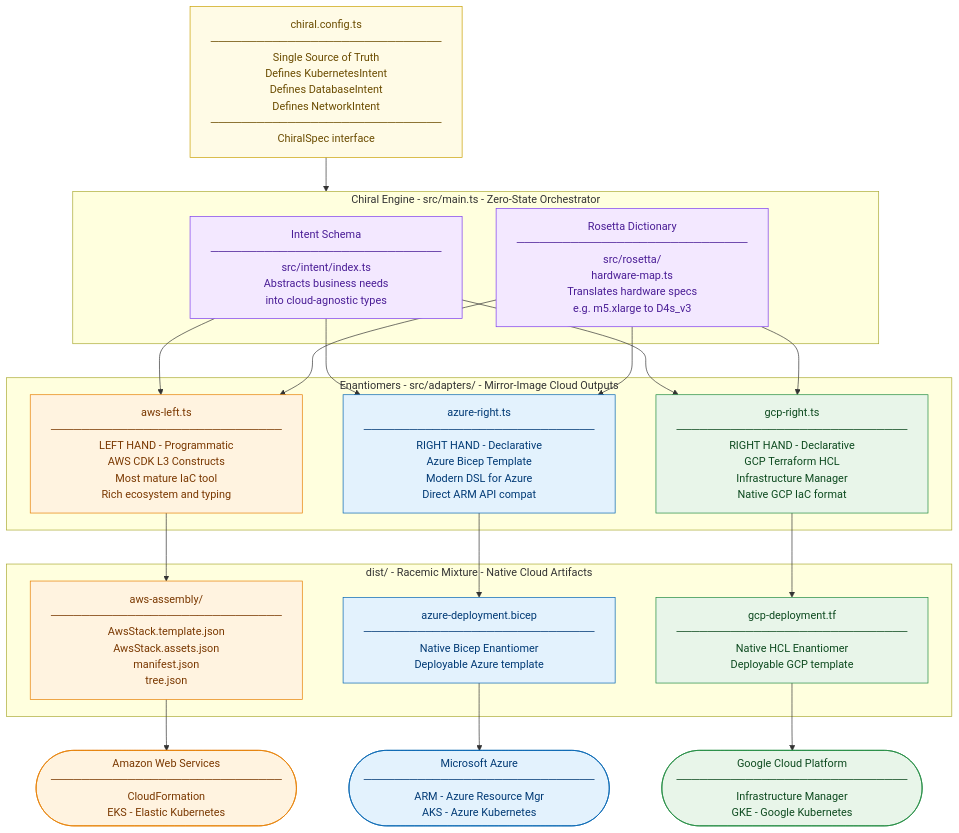
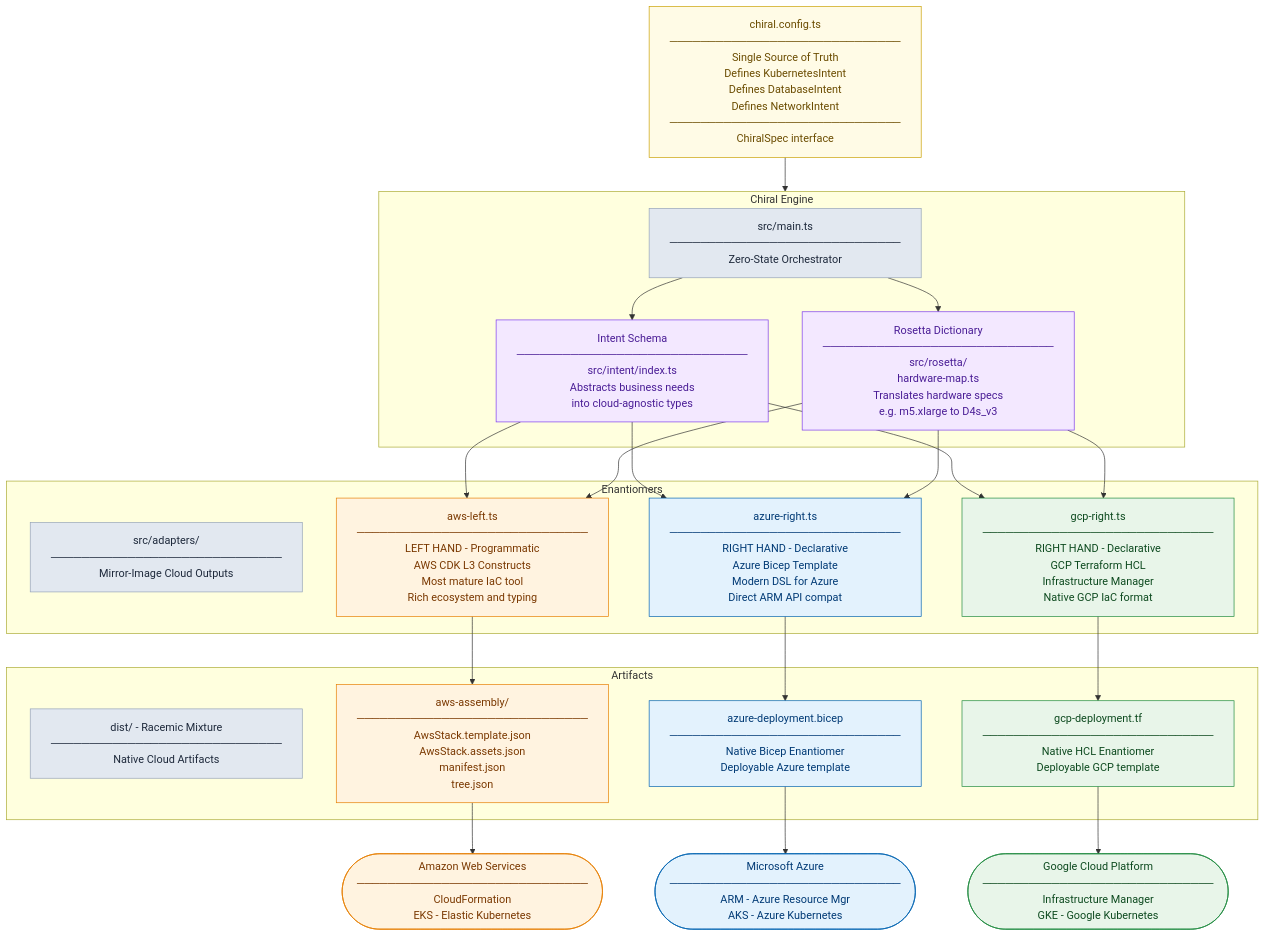
One commit to lloydchang/chiral-infrastructure-as-code changed the diagram in README.md. Above: the diagram before and after it, drawn with Mermaid.

Commit message:
docs: Refactor Mermaid diagram for clarity and structure

````diff
--- a/README.md
+++ b/README.md
@@ -240,45 +240,51 @@
 ```mermaid
 flowchart TD
-    classDef config  fill:#fffbe6,stroke:#c9a000,color:#6b4c00
-    classDef engine  fill:#f3e8ff,stroke:#7c3aed,color:#4a1d96
-    classDef awsNode fill:#fff3e0,stroke:#e67e00,color:#7a3800
-    classDef azNode  fill:#e3f2fd,stroke:#0063b1,color:#003a75
-    classDef gcpNode fill:#e8f5e9,stroke:#1e8a3e,color:#0d4a1f
+    classDef config   fill:#fffbe6,stroke:#c9a000,color:#6b4c00
+    classDef engine   fill:#f3e8ff,stroke:#7c3aed,color:#4a1d96
+    classDef awsNode  fill:#fff3e0,stroke:#e67e00,color:#7a3800
+    classDef azNode   fill:#e3f2fd,stroke:#0063b1,color:#003a75
+    classDef gcpNode  fill:#e8f5e9,stroke:#1e8a3e,color:#0d4a1f
+    classDef header   fill:#e2e8f0,stroke:#94a3b8,color:#1e293b
 
     CONFIG[chiral.config.ts<br/>──────────────────────────────<br/>Single Source of Truth<br/>Defines KubernetesIntent<br/>Defines DatabaseIntent<br/>Defines NetworkIntent<br/>──────────────────────────────<br/>ChiralSpec interface]:::config
 
-    subgraph ENGINE[Chiral Engine  -  src/main.ts  -  Zero-State Orchestrator]
+    subgraph ENGINE[Chiral Engine]
+        EH[src/main.ts<br/>──────────────────────────────<br/>Zero-State Orchestrator]:::header
         INTENT[Intent Schema<br/>──────────────────────────────<br/>src/intent/index.ts<br/>Abstracts business needs<br/>into cloud-agnostic types]:::engine
         ROSETTA[Rosetta Dictionary<br/>──────────────────────────────<br/>src/rosetta/<br/>hardware-map.ts<br/>Translates hardware specs<br/>e.g. m5.xlarge to D4s_v3]:::engine
     end
 
-    subgraph ADAPTERS[Enantiomers  -  src/adapters/  -  Mirror-Image Cloud Outputs]
+    subgraph ADAPTERS[Enantiomers]
+        AH[src/adapters/<br/>──────────────────────────────<br/>Mirror-Image Cloud Outputs]:::header
         AWS_A[aws-left.ts<br/>──────────────────────────────<br/>LEFT HAND - Programmatic<br/>AWS CDK L3 Constructs<br/>Most mature IaC tool<br/>Rich ecosystem and typing]:::awsNode
         AZURE_A[azure-right.ts<br/>──────────────────────────────<br/>RIGHT HAND - Declarative<br/>Azure Bicep Template<br/>Modern DSL for Azure<br/>Direct ARM API compat]:::azNode
         GCP_A[gcp-right.ts<br/>──────────────────────────────<br/>RIGHT HAND - Declarative<br/>GCP Terraform HCL<br/>Infrastructure Manager<br/>Native GCP IaC format]:::gcpNode
     end
 
-    subgraph DIST[dist/  -  Racemic Mixture  -  Native Cloud Artifacts]
+    subgraph DIST[Artifacts]
+        DH[dist/ - Racemic Mixture<br/>──────────────────────────────<br/>Native Cloud Artifacts]:::header
         AWS_D[aws-assembly/<br/>──────────────────────────────<br/>AwsStack.template.json<br/>AwsStack.assets.json<br/>manifest.json<br/>tree.json]:::awsNode
         AZURE_D[azure-deployment.bicep<br/>──────────────────────────────<br/>Native Bicep Enantiomer<br/>Deployable Azure template]:::azNode
         GCP_D[gcp-deployment.tf<br/>──────────────────────────────<br/>Native HCL Enantiomer<br/>Deployable GCP template]:::gcpNode
     end
 
     AWS_C([Amazon Web Services<br/>──────────────────────────────<br/>CloudFormation<br/>EKS - Elastic Kubernetes]):::awsNode
     AZURE_C([Microsoft Azure<br/>──────────────────────────────<br/>ARM - Azure Resource Mgr<br/>AKS - Azure Kubernetes]):::azNode
     GCP_C([Google Cloud Platform<br/>──────────────────────────────<br/>Infrastructure Manager<br/>GKE - Google Kubernetes]):::gcpNode
 
     CONFIG --> ENGINE
+    EH --> INTENT
+    EH --> ROSETTA
     INTENT --> AWS_A
     INTENT --> AZURE_A
     INTENT --> GCP_A
     ROSETTA --> AWS_A
     ROSETTA --> AZURE_A
     ROSETTA --> GCP_A
     AWS_A --> AWS_D
     AZURE_A --> AZURE_D
     GCP_A --> GCP_D
     AWS_D --> AWS_C
     AZURE_D --> AZURE_C
     GCP_D --> GCP_C
 ```
````
